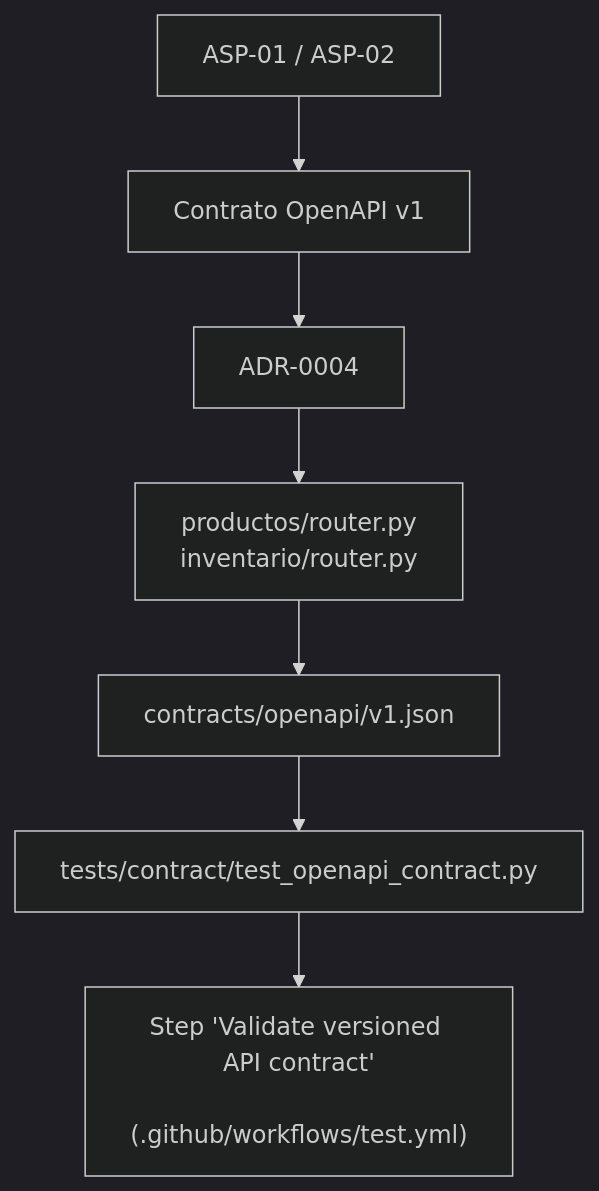
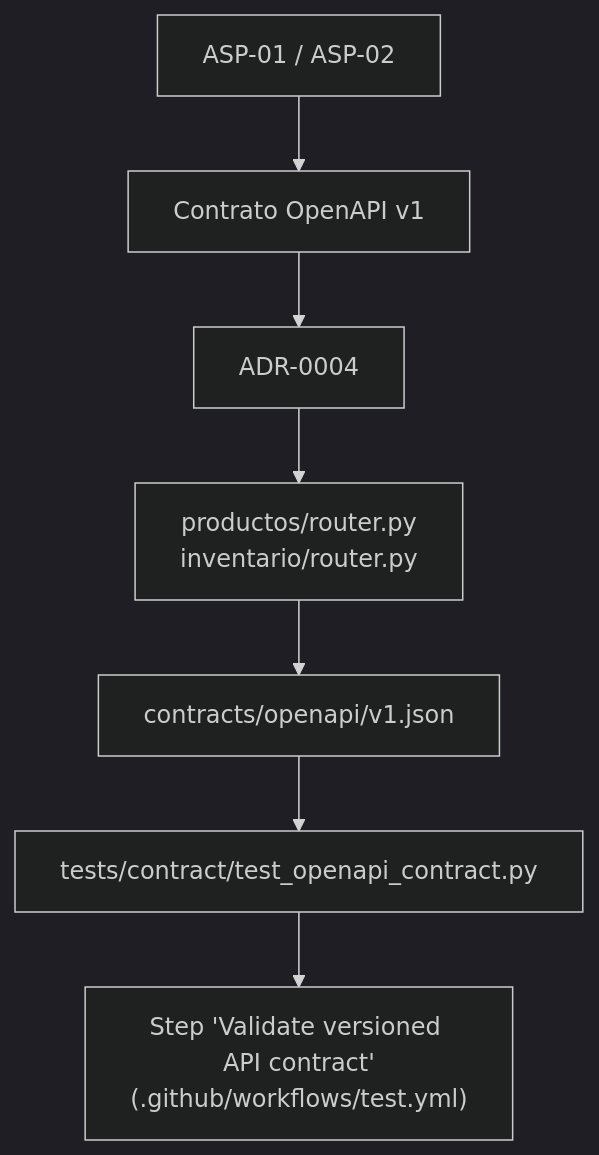
The diagram in docs/adr/0004-contrato-api-versionado-openapi.md (ISCOUTB/AS_202620_InvenTrack), drawn with Mermaid (dark theme) before and after one commit. The commit also changed other lines of this file and 3 other files, not shown here.

Commit message:
fix(docs): improve clarity and consistency in API contract and component documentation

````diff
--- a/docs/adr/0004-contrato-api-versionado-openapi.md
+++ b/docs/adr/0004-contrato-api-versionado-openapi.md
@@ -49,11 +41,9 @@
 ```mermaid
 graph TD
     ASP["ASP-01 / ASP-02"] --> Contrato["Contrato OpenAPI v1"]
     Contrato --> ADR["ADR-0004"]
-    ADR --> Rutas["productos/router.py
-    inventario/router.py"]
+    ADR --> Rutas["productos/router.py<br/>inventario/router.py"]
     Rutas --> JSON["contracts/openapi/v1.json"]
     JSON --> Test["tests/contract/test_openapi_contract.py"]
-    Test --> CI["Step 'Validate versioned API contract'
-    (.github/workflows/test.yml)"]
+    Test --> CI["Step 'Validate versioned API contract'<br/>(.github/workflows/test.yml)"]
 ```
````
